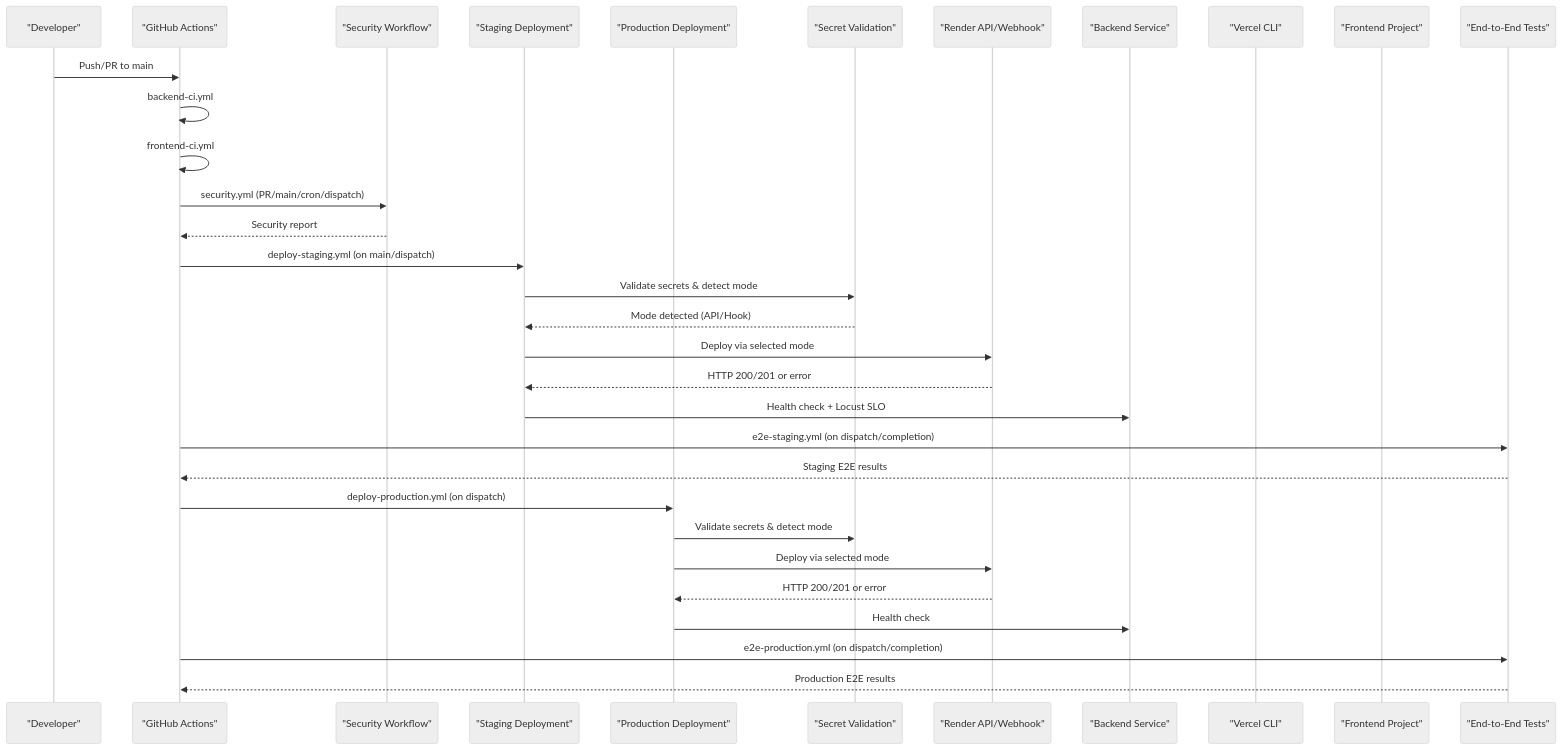
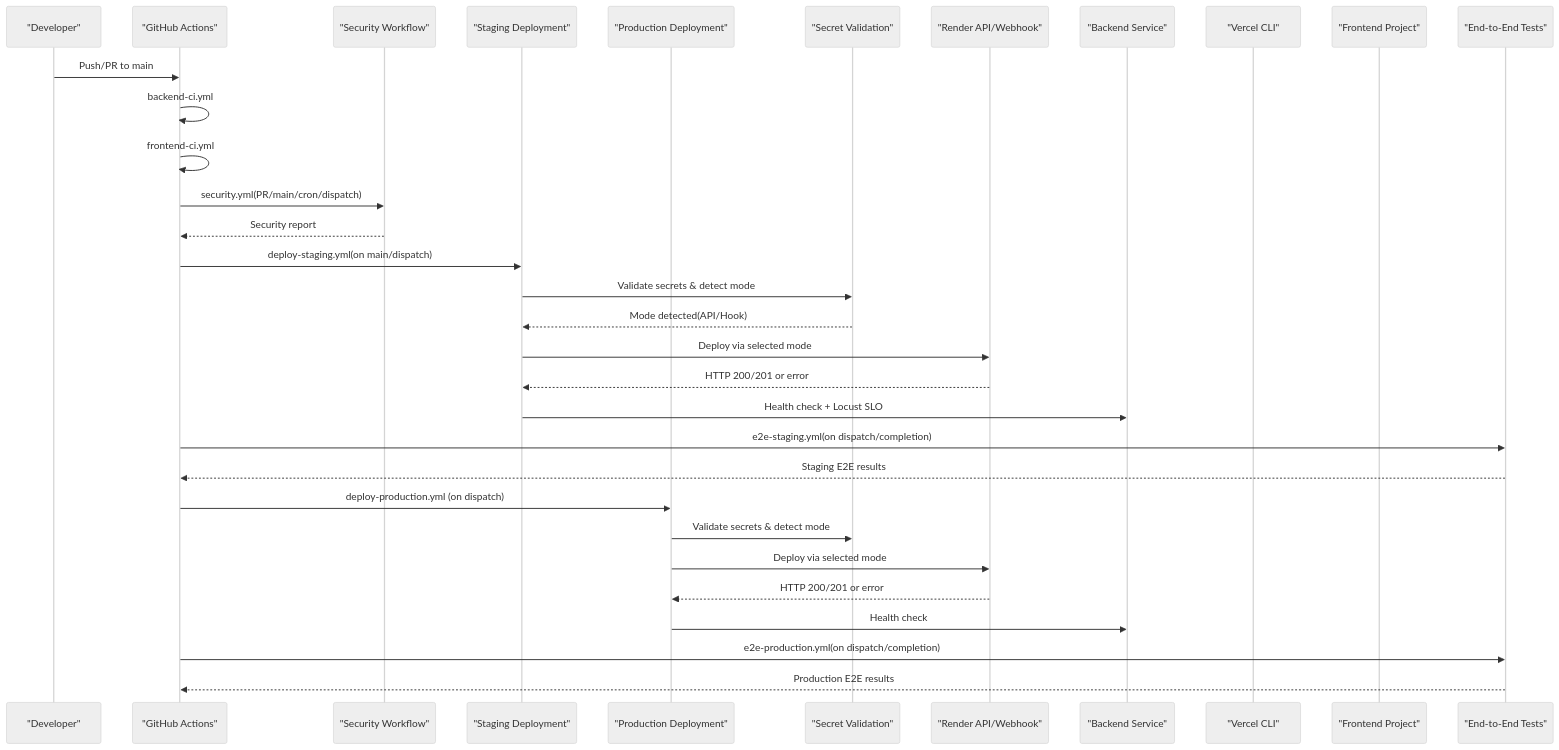
Before and after one commit to rohitkumarnaidu/ScholarFormAI: the second of 9 diagrams in docs/docs/knowledge/Deployment & Operations/CI_CD Pipeline.md, drawn with Mermaid (neutral theme). The commit also changed other lines of this file and 73 other files, not shown here.

First line of the commit message:
docs: enterprise-level markdown upgrade with Mermaid diagrams

````diff
--- a/docs/docs/knowledge/Deployment & Operations/CI_CD Pipeline.md
+++ b/docs/docs/knowledge/Deployment & Operations/CI_CD Pipeline.md
@@ -175,34 +175,34 @@
 ```mermaid
 sequenceDiagram
 participant Dev as "Developer"
 participant GH as "GitHub Actions"
 participant Sec as "Security Workflow"
 participant Stage as "Staging Deployment"
 participant Prod as "Production Deployment"
 participant Preflight as "Secret Validation"
 participant Render as "Render API/Webhook"
 participant BE as "Backend Service"
 participant Vercel as "Vercel CLI"
 participant FE as "Frontend Project"
 participant E2E as "End-to-End Tests"
 Dev->>GH : Push/PR to main
 GH->>GH : backend-ci.yml
 GH->>GH : frontend-ci.yml
-GH->>Sec : security.yml (PR/main/cron/dispatch)
+GH->>Sec : security.yml(PR/main/cron/dispatch)
 Sec-->>GH : Security report
-GH->>Stage : deploy-staging.yml (on main/dispatch)
+GH->>Stage : deploy-staging.yml(on main/dispatch)
 Stage->>Preflight : Validate secrets & detect mode
-Preflight-->>Stage : Mode detected (API/Hook)
+Preflight-->>Stage : Mode detected(API/Hook)
 Stage->>Render : Deploy via selected mode
 Render-->>Stage : HTTP 200/201 or error
 Stage->>BE : Health check + Locust SLO
-GH->>E2E : e2e-staging.yml (on dispatch/completion)
+GH->>E2E : e2e-staging.yml(on dispatch/completion)
 E2E-->>GH : Staging E2E results
 GH->>Prod : deploy-production.yml (on dispatch)
 Prod->>Preflight : Validate secrets & detect mode
 Prod->>Render : Deploy via selected mode
 Render-->>Prod : HTTP 200/201 or error
 Prod->>BE : Health check
-GH->>E2E : e2e-production.yml (on dispatch/completion)
+GH->>E2E : e2e-production.yml(on dispatch/completion)
 E2E-->>GH : Production E2E results
 ```
````
